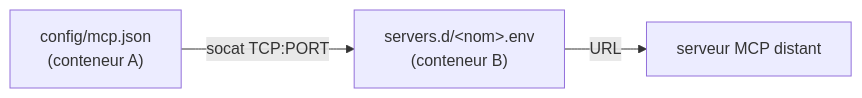
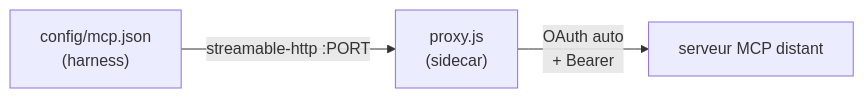
Before and after one commit to Akeuuh/agent-airlock: the diagram in docs/ajouter-un-mcp.md, drawn with Mermaid. The commit also changed other lines of this file and 13 other files, not shown here.

First line of the commit message:
docs: add multi-harness architecture documentation and guides

````diff
--- a/docs/ajouter-un-mcp.md
+++ b/docs/ajouter-un-mcp.md
@@ -7,5 +8,5 @@
 ```mermaid
 flowchart LR
-    A["config/mcp.json<br/>(conteneur A)"] -->|"socat TCP:PORT"| B["servers.d/&lt;nom&gt;.env<br/>(conteneur B)"]
-    B -->|URL| SRV["serveur MCP distant"]
+    A["config/mcp.json<br/>(harness)"] -->|"streamable-http :PORT"| P["proxy.js<br/>(sidecar)"]
+    P -->|"OAuth auto<br/>+ Bearer"| SRV["serveur MCP distant"]
 ```
````
